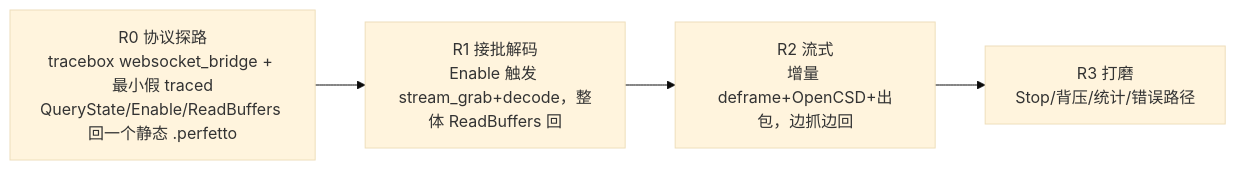
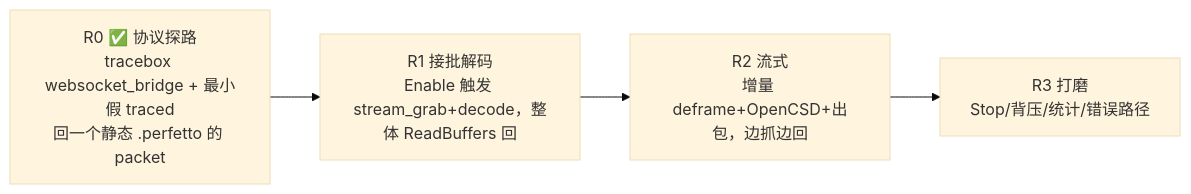
One commit to FASTSHIFT/cortrace changed the fifth of 5 diagrams in docs/03-perfetto-record-bridge.md. Above: the diagram before and after it, drawn with Mermaid (base theme). The commit also changed other lines of this file and 1 other file, not shown here.

First line of the commit message:
feat(record-bridge): R0 fake traced consumer endpoint for Perfetto Record

````diff
--- a/docs/03-perfetto-record-bridge.md
+++ b/docs/03-perfetto-record-bridge.md
@@ -196,8 +196,8 @@
 ```mermaid
 flowchart LR
-    R0["R0 协议探路<br>tracebox websocket_bridge + 最小假 traced<br>QueryState/Enable/ReadBuffers 回一个静态 .perfetto"]
+    R0["R0 ✅ 协议探路<br>tracebox websocket_bridge + 最小假 traced<br>回一个静态 .perfetto 的 packet"]
     R1["R1 接批解码<br>Enable 触发 stream_grab+decode，整体 ReadBuffers 回"]
     R2["R2 流式<br>增量 deframe+OpenCSD+出包，边抓边回"]
     R3["R3 打磨<br>Stop/背压/统计/错误路径"]
     R0 --> R1 --> R2 --> R3
 ```
````
